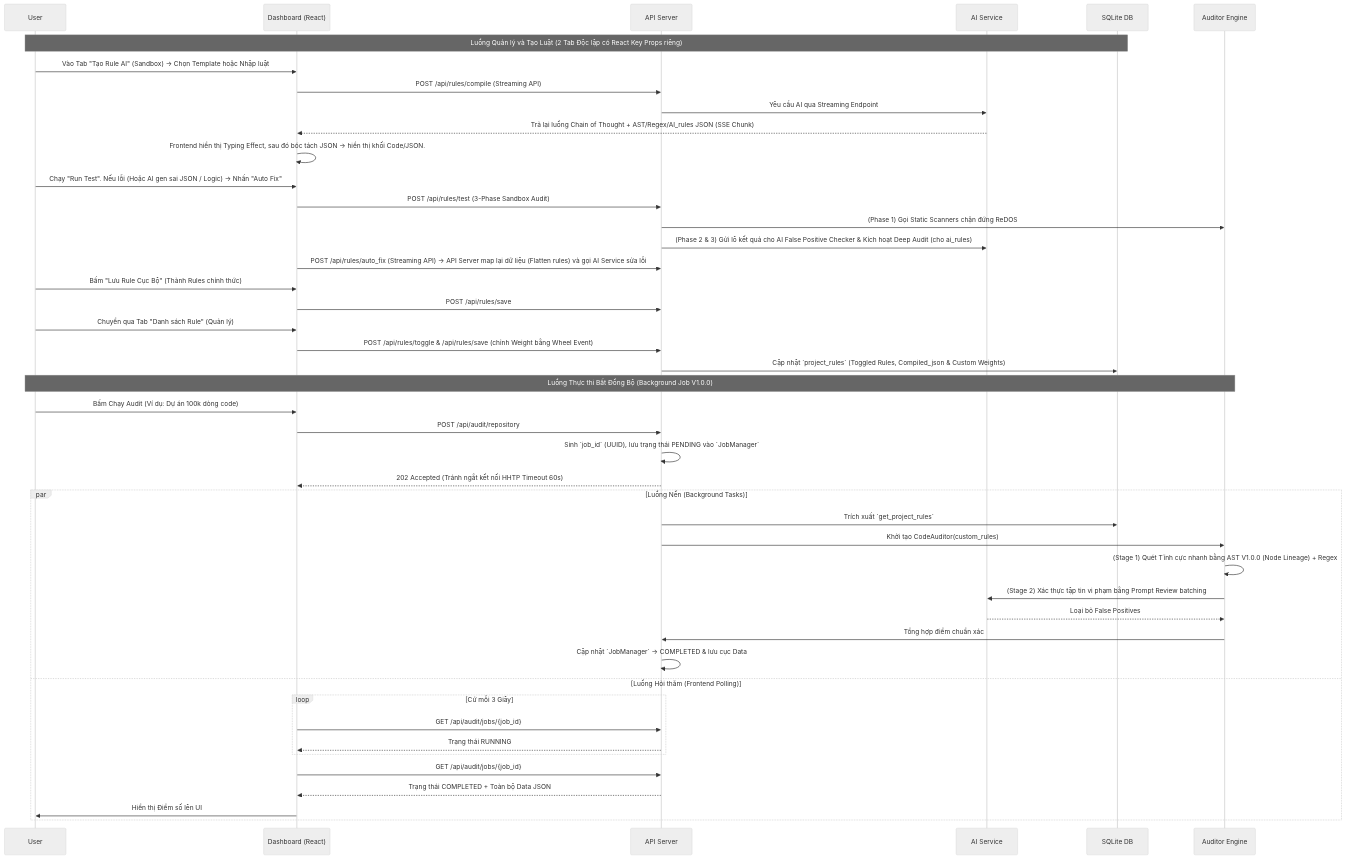
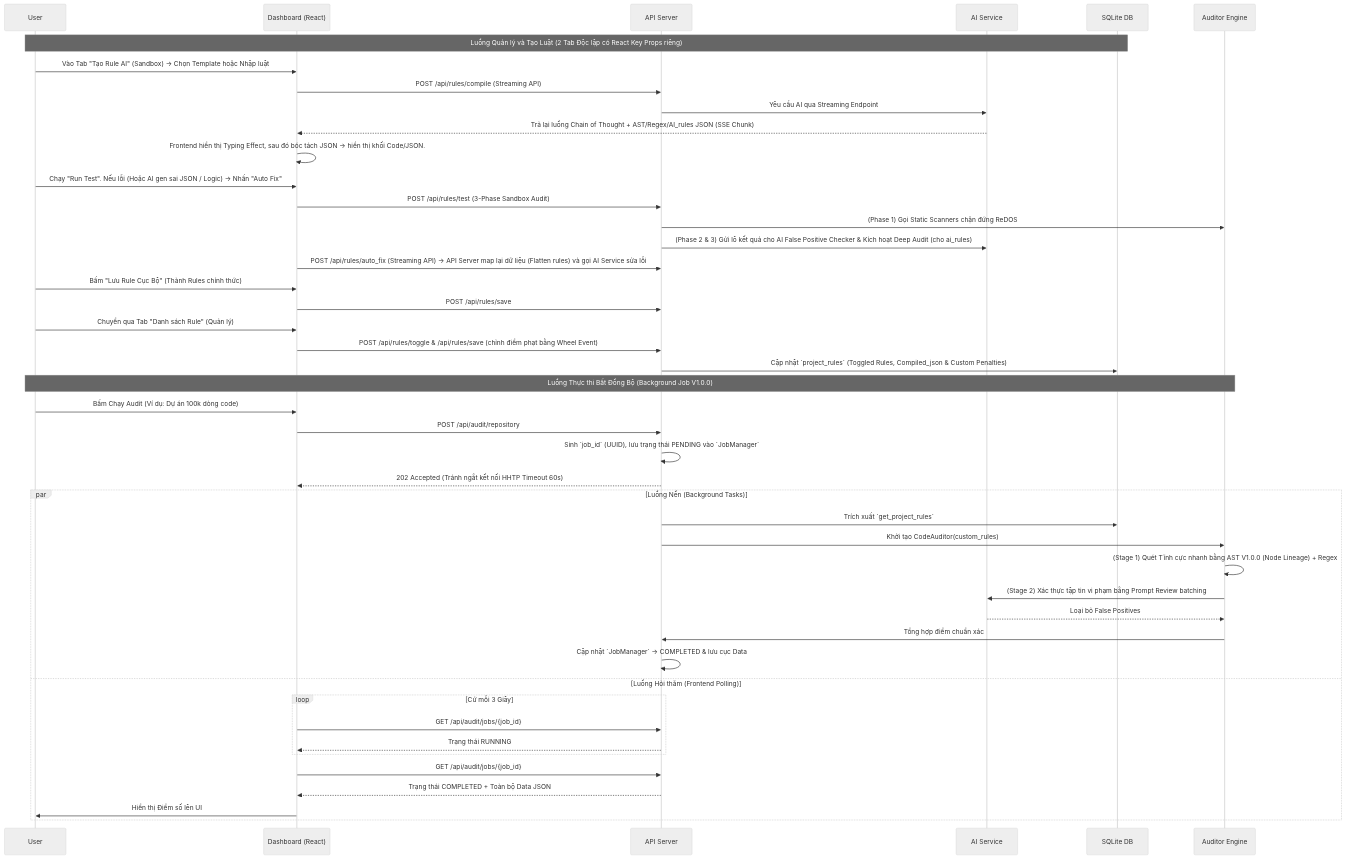
One commit to LongKunno/check_project changed the diagram in docs/architecture/nlre_engine.md. Above: the diagram before and after it, drawn with Mermaid (neutral theme). The commit also changed 17 other files, not shown here.

````diff
--- a/docs/architecture/nlre_engine.md
+++ b/docs/architecture/nlre_engine.md
@@ -6,52 +6,52 @@
 ```mermaid
 sequenceDiagram
     participant User
     participant Dashboard (React)
     participant API Server
     participant AI Service
     participant SQLite DB
     participant Auditor Engine
 
     %% Flow cấu hình & test (AI Rule Builder V2)
     Note over User, SQLite DB: Luồng Quản lý và Tạo Luật (2 Tab Độc lập có React Key Props riêng)
     User->>Dashboard (React): Vào Tab "Tạo Rule AI" (Sandbox) -> Chọn Template hoặc Nhập luật
     Dashboard (React)->>API Server: POST /api/rules/compile (Streaming API)
     API Server->>AI Service: Yêu cầu AI qua Streaming Endpoint
     AI Service-->>Dashboard (React): Trả lại luồng Chain of Thought + AST/Regex/AI_rules JSON (SSE Chunk)
     Dashboard (React)->>Dashboard (React): Frontend hiển thị Typing Effect, sau đó bóc tách JSON -> hiển thị khối Code/JSON.
     User->>Dashboard (React): Chạy "Run Test". Nếu lỗi (Hoặc AI gen sai JSON / Logic) -> Nhấn "Auto Fix"
     Dashboard (React)->>API Server: POST /api/rules/test (3-Phase Sandbox Audit)
     API Server->>Auditor Engine: (Phase 1) Gọi Static Scanners chặn đứng ReDOS
     API Server->>AI Service: (Phase 2 & 3) Gửi lô kết quả cho AI False Positive Checker & Kích hoạt Deep Audit (cho ai_rules)
     Dashboard (React)->>API Server: POST /api/rules/auto_fix (Streaming API) -> API Server map lại dữ liệu (Flatten rules) và gọi AI Service sửa lỗi
     User->>Dashboard (React): Bấm "Lưu Rule Cục Bộ" (Thành Rules chính thức)
     Dashboard (React)->>API Server: POST /api/rules/save
     User->>Dashboard (React): Chuyển qua Tab "Danh sách Rule" (Quản lý)
-    Dashboard (React)->>API Server: POST /api/rules/toggle & /api/rules/save (chỉnh Weight bằng Wheel Event)
-    API Server->>SQLite DB: Cập nhật `project_rules` (Toggled Rules, Compiled_json & Custom Weights)
+    Dashboard (React)->>API Server: POST /api/rules/toggle & /api/rules/save (chỉnh điểm phạt bằng Wheel Event)
+    API Server->>SQLite DB: Cập nhật `project_rules` (Toggled Rules, Compiled_json & Custom Penalties)
 
     %% Flow kiểm toán Two-stage (Asynchronous V1.0.0)
     Note over User, Auditor Engine: Luồng Thực thi Bất Đồng Bộ (Background Job V1.0.0)
     User->>Dashboard (React): Bấm Chạy Audit (Ví dụ: Dự án 100k dòng code)
     Dashboard (React)->>API Server: POST /api/audit/repository
     API Server->>API Server: Sinh `job_id` (UUID), lưu trạng thái PENDING vào `JobManager`
     API Server-->>Dashboard (React): 202 Accepted (Tránh ngắt kết nối HHTP Timeout 60s)
     
     par Luồng Nền (Background Tasks)
         API Server->>SQLite DB: Trích xuất `get_project_rules` 
         API Server->>Auditor Engine: Khởi tạo CodeAuditor(custom_rules)
         Auditor Engine->>Auditor Engine: (Stage 1) Quét Tĩnh cực nhanh bằng AST V1.0.0 (Node Lineage) + Regex
         Auditor Engine->>AI Service: (Stage 2) Xác thực tập tin vi phạm bằng Prompt Review batching
         AI Service-->>Auditor Engine: Loại bỏ False Positives
         Auditor Engine->>API Server: Tổng hợp điểm chuẩn xác
         API Server->>API Server: Cập nhật `JobManager` -> COMPLETED & lưu cục Data
     and Luồng Hỏi thăm (Frontend Polling)
         loop Cứ mỗi 3 Giây
             Dashboard (React)->>API Server: GET /api/audit/jobs/{job_id}
             API Server-->>Dashboard (React): Trạng thái RUNNING
         end
         Dashboard (React)->>API Server: GET /api/audit/jobs/{job_id}
         API Server-->>Dashboard (React): Trạng thái COMPLETED + Toàn bộ Data JSON
         Dashboard (React)->>User: Hiển thị Điểm số lên UI
     end
 ```
````
